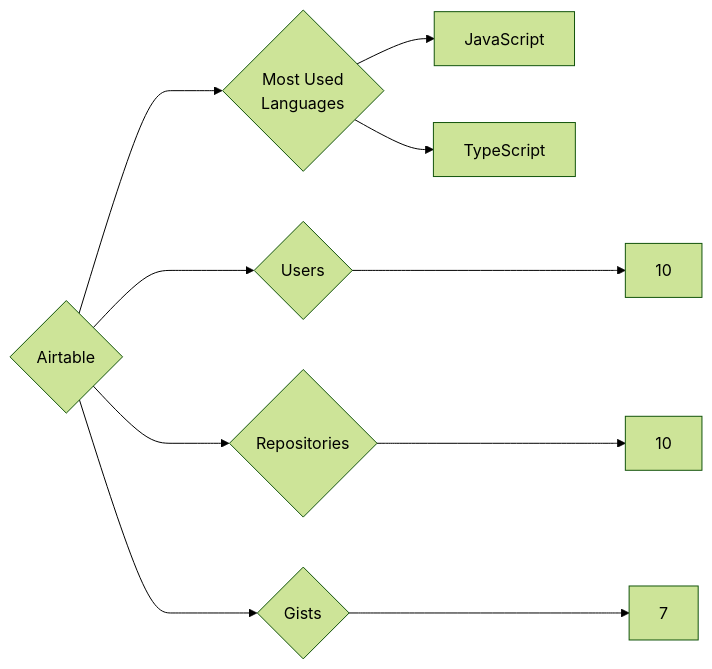
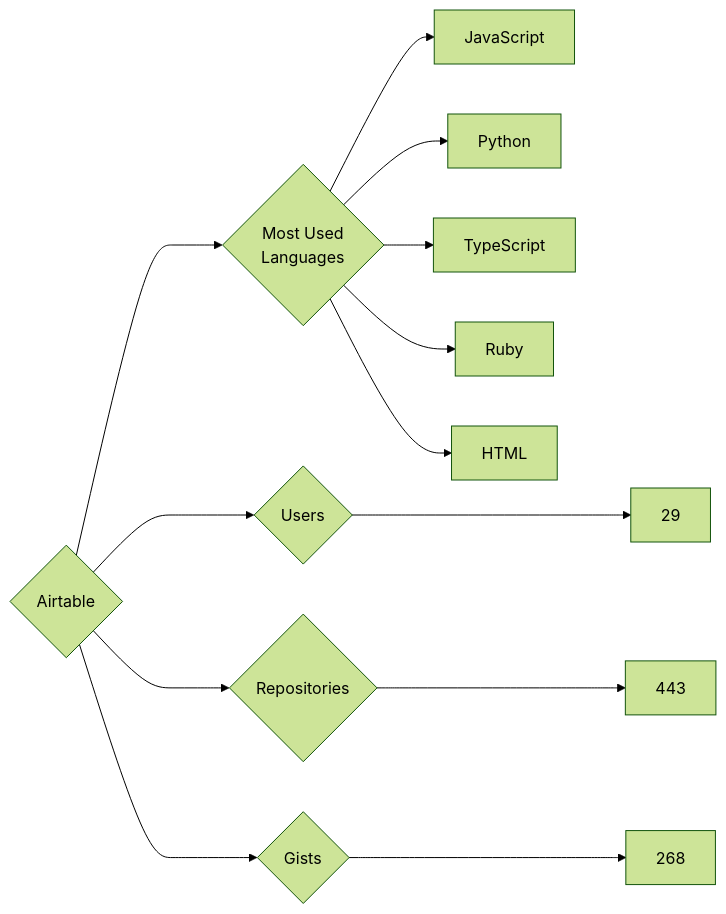
Before and after one commit to trickest/insiders: the diagram in targets/Airtable/README.md, drawn with Mermaid (forest theme). The commit also changed 699 other files, not shown here.

````diff
--- a/targets/Airtable/README.md
+++ b/targets/Airtable/README.md
@@ -3,10 +3,13 @@
 ```mermaid
 graph LR
 COMPANY_NAME{Airtable}
-COMPANY_NAME ---> U{Users} ---> UN[10]
-COMPANY_NAME ---> R{Repositories} ---> RN[10]
-COMPANY_NAME ---> G{Gists} ---> GN[7]
+COMPANY_NAME ---> U{Users} ---> UN[29]
+COMPANY_NAME ---> R{Repositories} ---> RN[443]
+COMPANY_NAME ---> G{Gists} ---> GN[268]
 COMPANY_NAME ---> ML{Most Used<br>Languages}
 ML --> JavaScript[JavaScript]
+ML --> Python[Python]
 ML --> TypeScript[TypeScript]
+ML --> Ruby[Ruby]
+ML --> HTML[HTML]
 ```
````
